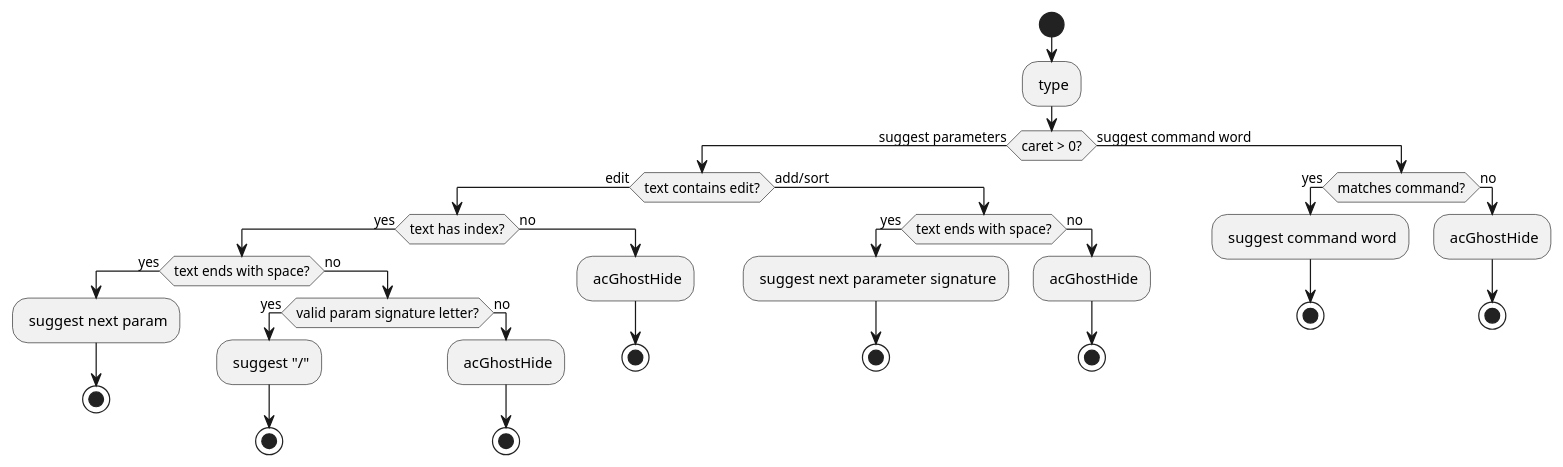
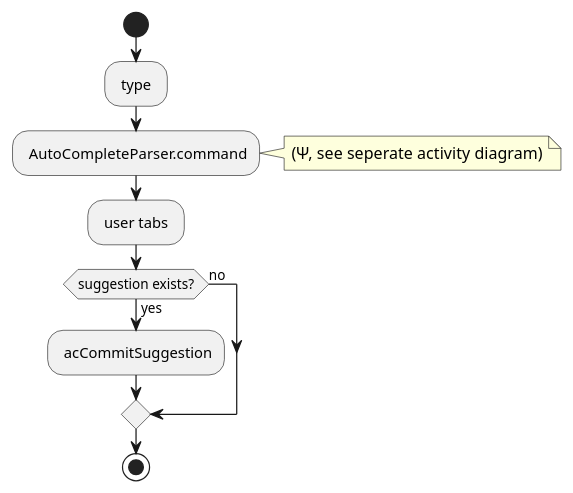
One commit to Orange-eat97/tp changed the diagram in docs/diagrams/AutoCompleteActivityDiagram.puml. Above: the diagram before and after it, drawn with PlantUML. The commit also changed other lines of this file and 1 other file, not shown here.

Commit message:
Update activity diagrams

```diff
--- a/docs/diagrams/AutoCompleteActivityDiagram.puml
+++ b/docs/diagrams/AutoCompleteActivityDiagram.puml
@@ -1,45 +1,20 @@
 @startuml
 ' https://plantuml.com/activity-diagram
+start
+: type ;
 
-start
-: type;
+: AutoCompleteParser.command;
+note right
+  (Ψ, see seperate activity diagram)
+end note
 
-if (caret > 0?) then (suggest parameters)
-  if (text contains edit?) then (edit)
-    if (text has index?) then (yes)
-      if (text ends with space?) then (yes)
-        : suggest next param;
-        stop
-      else (no)
-        if (valid param signature letter?) then (yes)
-          : suggest "/";
-          stop
-        else (no)
-          : acGhostHide;
-          stop
-        endif
-      endif
-    else (no)
-      : acGhostHide;
-      stop
-    endif
-  else (add/sort)
-    if (text ends with space?) then (yes)
-      : suggest next parameter signature;
-      stop
-    else (no)
-      : acGhostHide;
-      stop
-    endif
-  endif
-else (suggest command word)
-  if (matches command?) then (yes)
-    : suggest command word;
-    stop
-  else (no)
-    : acGhostHide;
-    stop
-  endif
+: user tabs ;
+
+if (suggestion exists?) then (yes)
+  : acCommitSuggestion;
+else (no)
+
 endif
 
+stop
 @enduml
```
